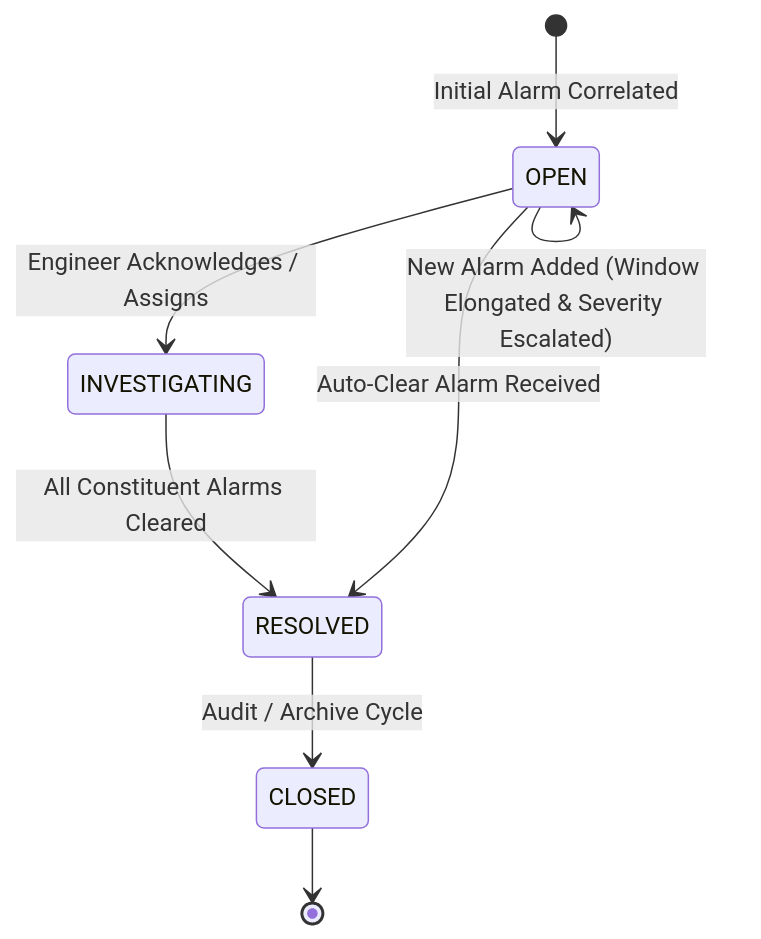
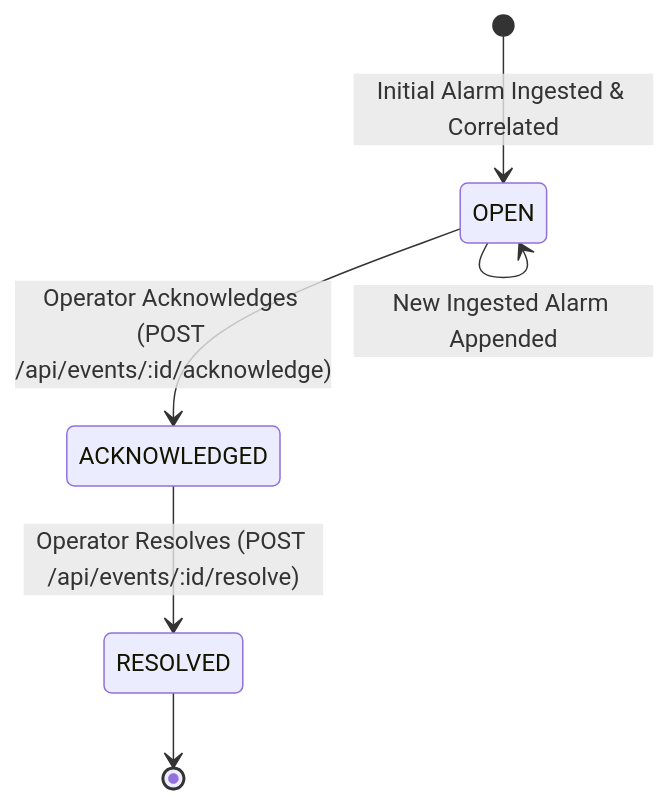
One commit to naveenxr/App360 changed the second of 2 diagrams in docs/correlation-logic.md. Above: the diagram before and after it, drawn with Mermaid. The commit also changed other lines of this file and 31 other files, not shown here.

Commit message:
feat(phase-4): implement AIOps alarm correlation engine with 5-minute window and candidate merging

````diff
--- a/docs/correlation-logic.md
+++ b/docs/correlation-logic.md
@@ -190,10 +111,8 @@
 ```mermaid
 stateDiagram-v2
-    [*] --> OPEN : Initial Alarm Correlated
-    OPEN --> OPEN : New Alarm Added (Window Elongated & Severity Escalated)
-    OPEN --> INVESTIGATING : Engineer Acknowledges / Assigns
-    INVESTIGATING --> RESOLVED : All Constituent Alarms Cleared
-    OPEN --> RESOLVED : Auto-Clear Alarm Received
-    RESOLVED --> CLOSED : Audit / Archive Cycle
-    CLOSED --> [*]
+    [*] --> OPEN : Initial Alarm Ingested & Correlated
+    OPEN --> OPEN : New Ingested Alarm Appended
+    OPEN --> ACKNOWLEDGED : Operator Acknowledges (POST /api/events/:id/acknowledge)
+    ACKNOWLEDGED --> RESOLVED : Operator Resolves (POST /api/events/:id/resolve)
+    RESOLVED --> [*]
 ```
````
